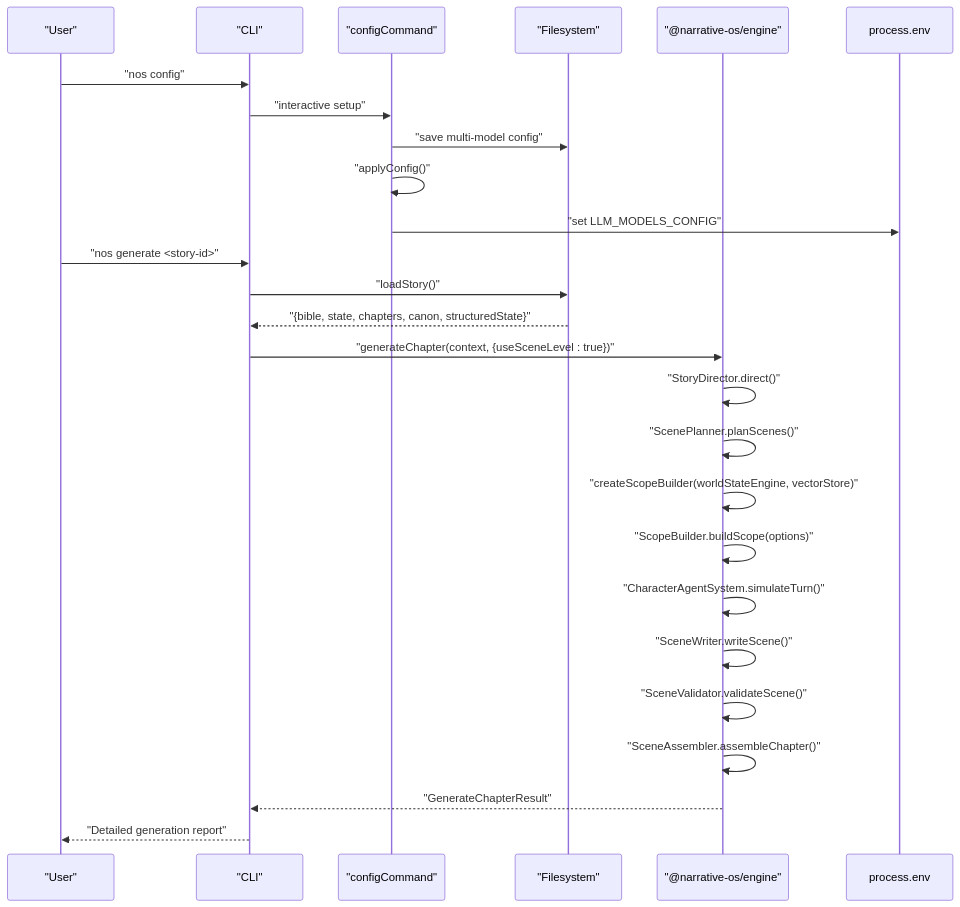
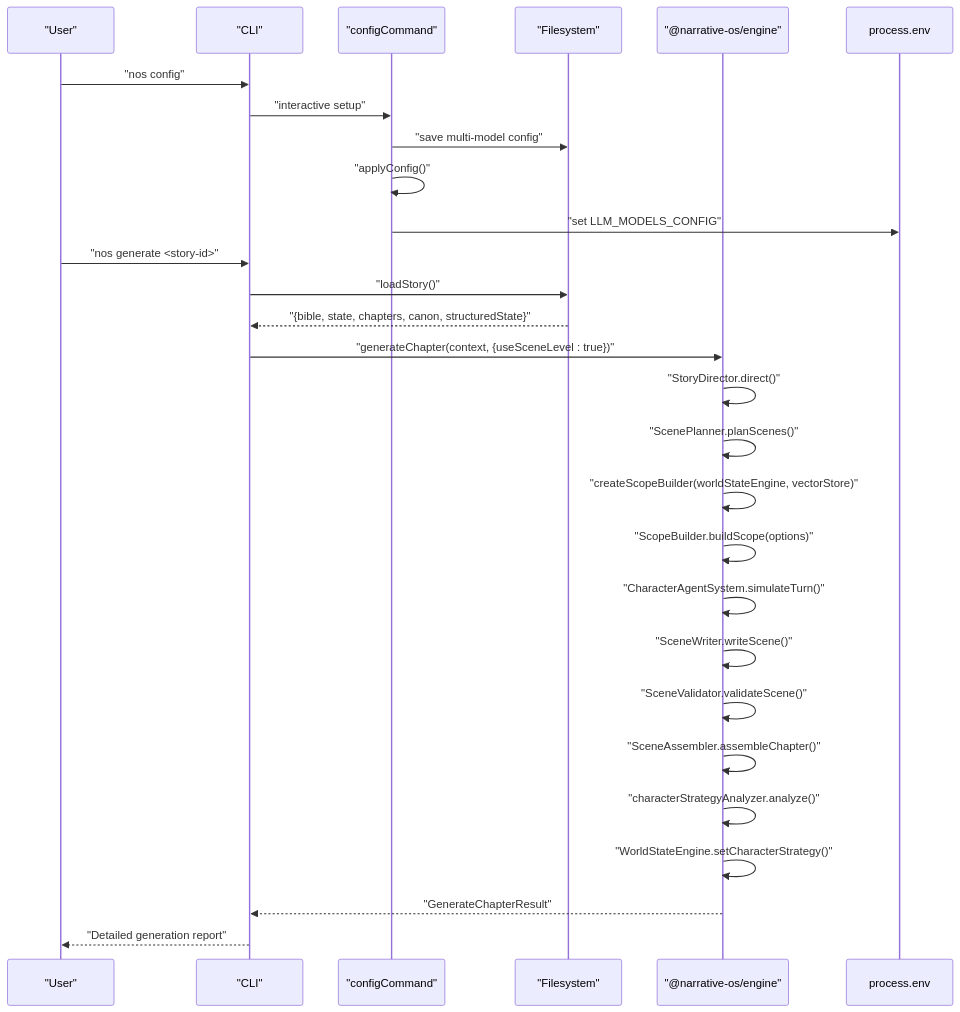
Before and after one commit to liwonder/NARRITIVE_OS: diagram 15 of 16 in .qoder/repowiki/en/content/Engine Architecture/Engine Architecture.md, drawn with Mermaid. The commit also changed other lines of this file and 14 other files, not shown here.

First line of the commit message:
Add character strategy, skills loader, worldstate

````diff
--- a/.qoder/repowiki/en/content/Engine Architecture/Engine Architecture.md
+++ b/.qoder/repowiki/en/content/Engine Architecture/Engine Architecture.md
@@ -889,27 +1090,29 @@
 ```mermaid
 sequenceDiagram
 participant User as "User"
 participant CLI as "CLI"
 participant Config as "configCommand"
 participant FS as "Filesystem"
 participant Engine as "@narrative-os/engine"
 User->>CLI : "nos config"
 CLI->>Config : "interactive setup"
 Config->>FS : "save multi-model config"
 Config->>Config : "applyConfig()"
 Config->>process.env : "set LLM_MODELS_CONFIG"
 User->>CLI : "nos generate <story-id>"
 CLI->>FS : "loadStory()"
 FS-->>CLI : "{bible, state, chapters, canon, structuredState}"
 CLI->>Engine : "generateChapter(context, {useSceneLevel : true})"
 Engine->>Engine : "StoryDirector.direct()"
 Engine->>Engine : "ScenePlanner.planScenes()"
 Engine->>Engine : "createScopeBuilder(worldStateEngine, vectorStore)"
 Engine->>Engine : "ScopeBuilder.buildScope(options)"
 Engine->>Engine : "CharacterAgentSystem.simulateTurn()"
 Engine->>Engine : "SceneWriter.writeScene()"
 Engine->>Engine : "SceneValidator.validateScene()"
 Engine->>Engine : "SceneAssembler.assembleChapter()"
+Engine->>Engine : "characterStrategyAnalyzer.analyze()"
+Engine->>Engine : "WorldStateEngine.setCharacterStrategy()"
 Engine-->>CLI : "GenerateChapterResult"
 CLI-->>User : "Detailed generation report"
 ```
````
